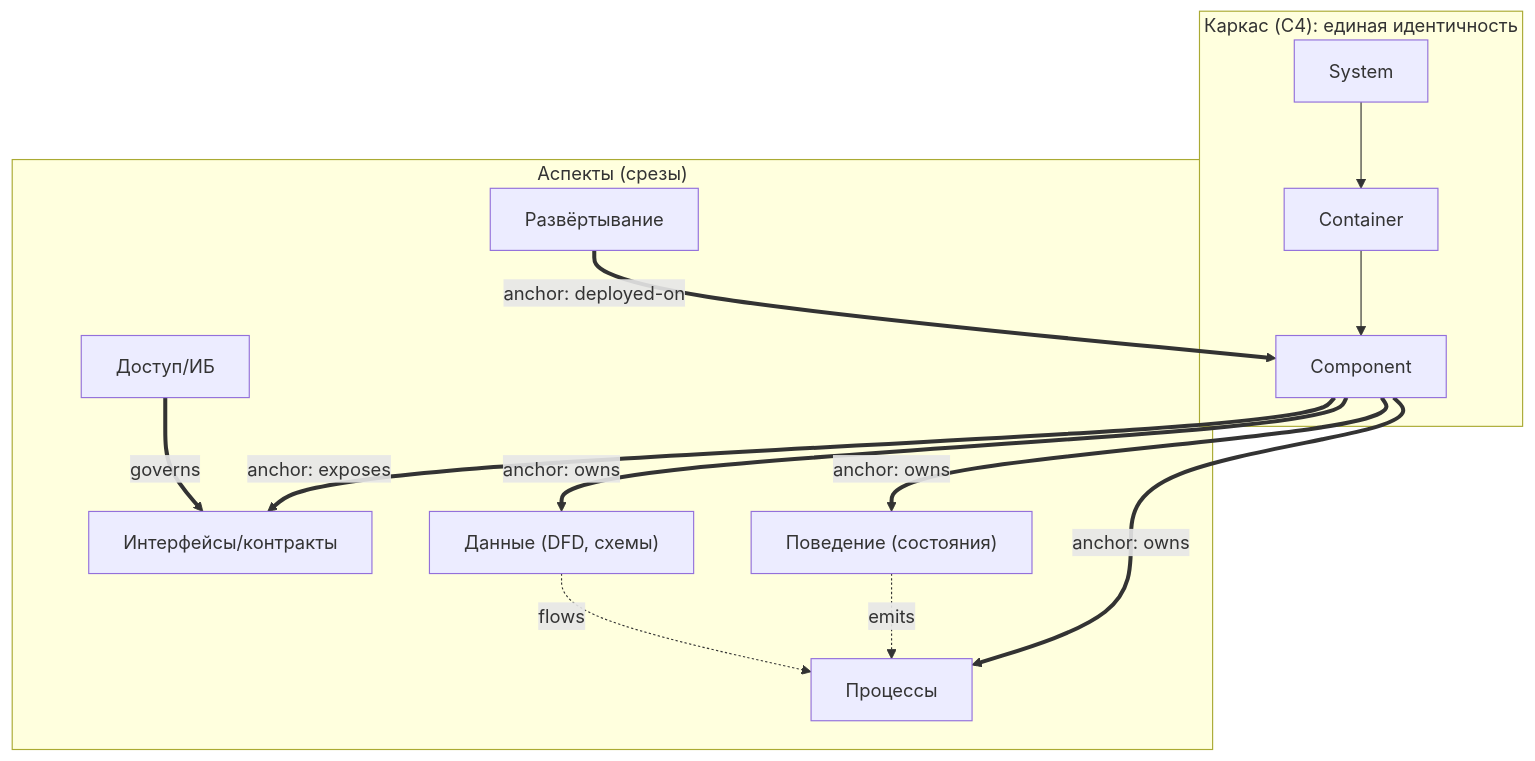
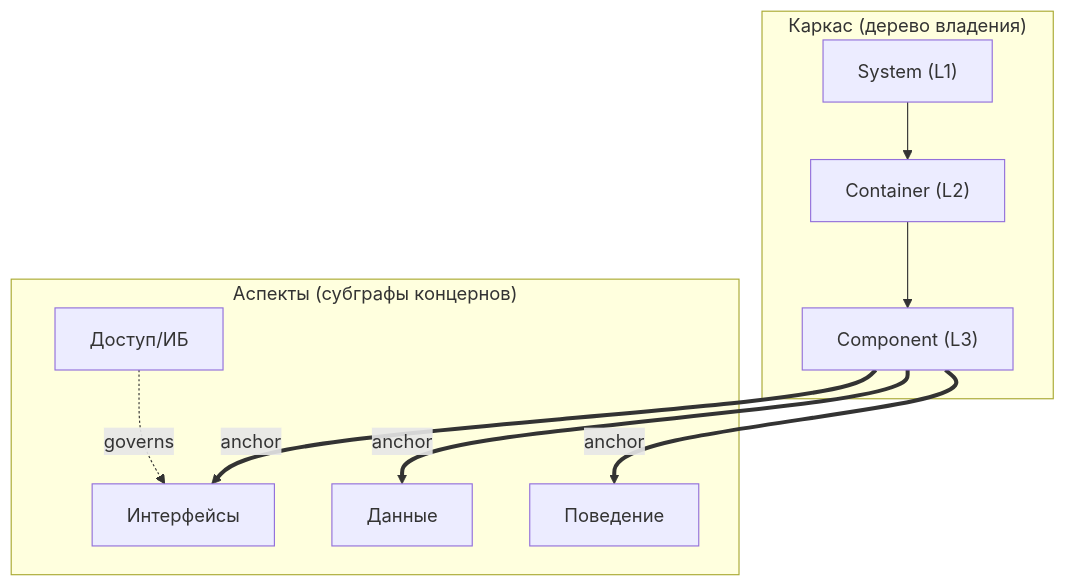
The diagram in Concept.md (pol4/ArchIDE), drawn with Mermaid before and after one commit. The commit also changed other lines of this file and 3 other files, not shown here.

````diff
--- a/Concept.md
+++ b/Concept.md
@@ -518,22 +63,13 @@
 ```mermaid
 graph TD
-  subgraph BACKBONE["Каркас (C4): единая идентичность"]
-    S["System"] --> C["Container"] --> Comp["Component"]
+  subgraph SPINE["Каркас (дерево владения)"]
+    S["System (L1)"] --> C1["Container (L2)"] --> Comp["Component (L3)"]
   end
-  subgraph ASPECTS["Аспекты (срезы)"]
-    IF["Интерфейсы/контракты"]
-    DT["Данные (DFD, схемы)"]
-    BH["Поведение (состояния)"]
-    PR["Процессы"]
-    AC["Доступ/ИБ"]
-    DP["Развёртывание"]
+  subgraph ASPECTS["Аспекты (субграфы концернов)"]
+    IF["Интерфейсы"]; DT["Данные"]; BH["Поведение"]; AC["Доступ/ИБ"]
   end
-  Comp == "anchor: exposes" ==> IF
-  Comp == "anchor: owns" ==> DT
-  Comp == "anchor: owns" ==> BH
-  Comp == "anchor: owns" ==> PR
-  AC == "governs" ==> IF
-  DT -. "flows" .-> PR
-  BH -. "emits" .-> PR
-  DP == "anchor: deployed-on" ==> Comp
+  Comp == "anchor" ==> IF
+  Comp == "anchor" ==> DT
+  Comp == "anchor" ==> BH
+  AC -. "governs" .-> IF
 ```
````
